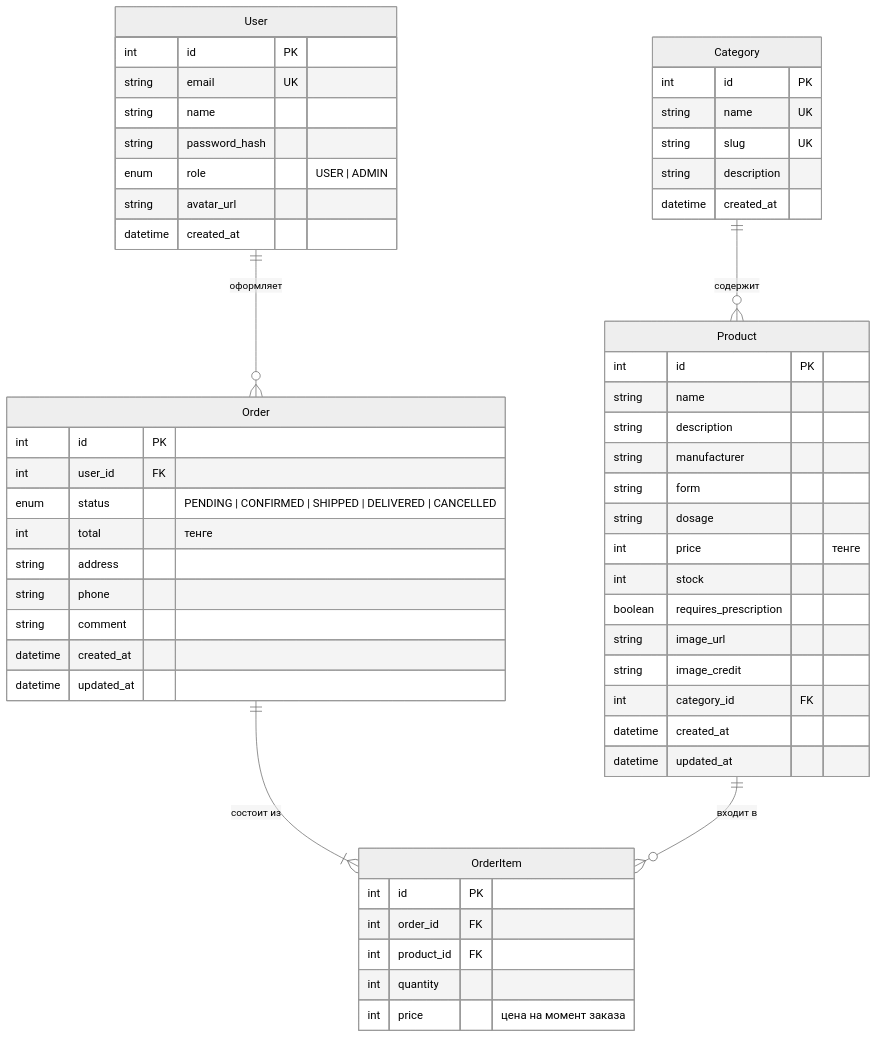
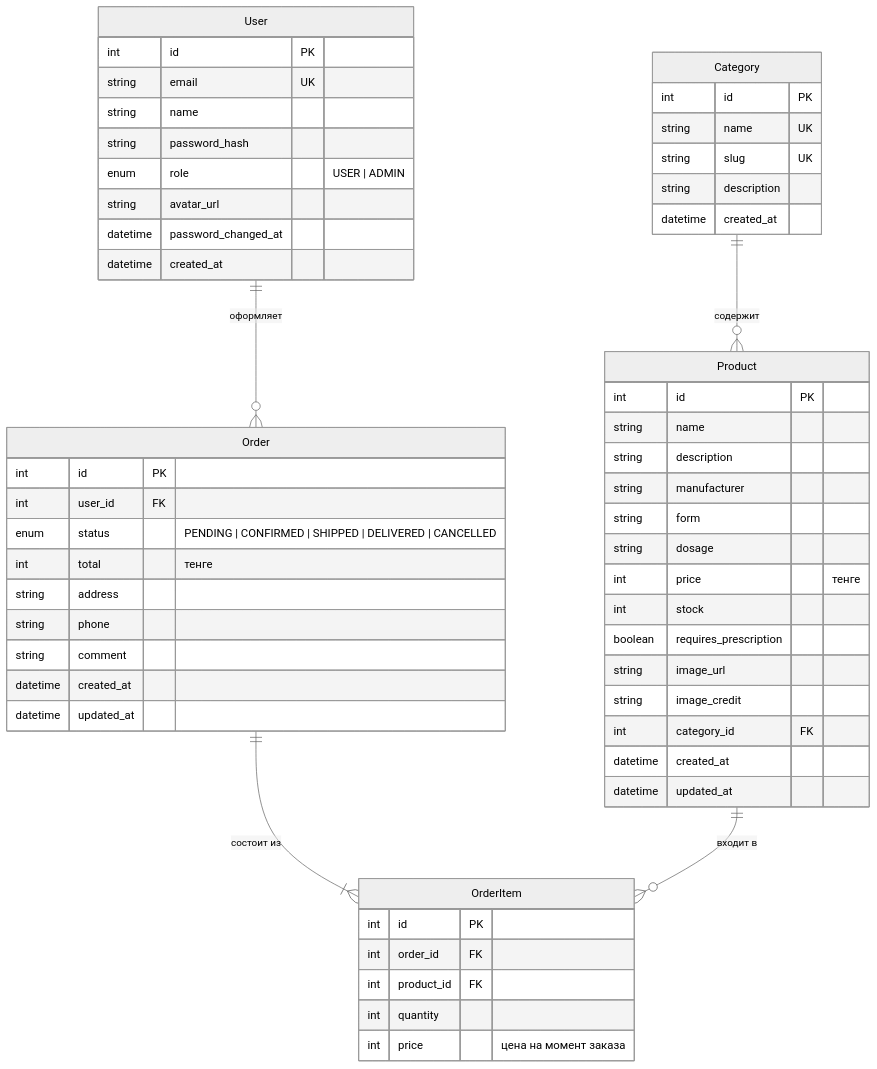
The diagram in README.md (xxlvn/pharmacy), drawn with Mermaid (neutral theme) before and after one commit. The commit also changed other lines of this file and 12 other files, not shown here.

````diff
--- a/README.md
+++ b/README.md
@@ -79,58 +79,59 @@
 ```mermaid
 erDiagram
     User ||--o{ Order : "оформляет"
     Category ||--o{ Product : "содержит"
     Order ||--|{ OrderItem : "состоит из"
     Product ||--o{ OrderItem : "входит в"
 
     User {
         int id PK
         string email UK
         string name
         string password_hash
         enum role "USER | ADMIN"
         string avatar_url
+        datetime password_changed_at
         datetime created_at
     }
     Category {
         int id PK
         string name UK
         string slug UK
         string description
         datetime created_at
     }
     Product {
         int id PK
         string name
         string description
         string manufacturer
         string form
         string dosage
         int price "тенге"
         int stock
         boolean requires_prescription
         string image_url
         string image_credit
         int category_id FK
         datetime created_at
         datetime updated_at
     }
     Order {
         int id PK
         int user_id FK
         enum status "PENDING | CONFIRMED | SHIPPED | DELIVERED | CANCELLED"
         int total "тенге"
         string address
         string phone
         string comment
         datetime created_at
         datetime updated_at
     }
     OrderItem {
         int id PK
         int order_id FK
         int product_id FK
         int quantity
         int price "цена на момент заказа"
     }
 ```
````
